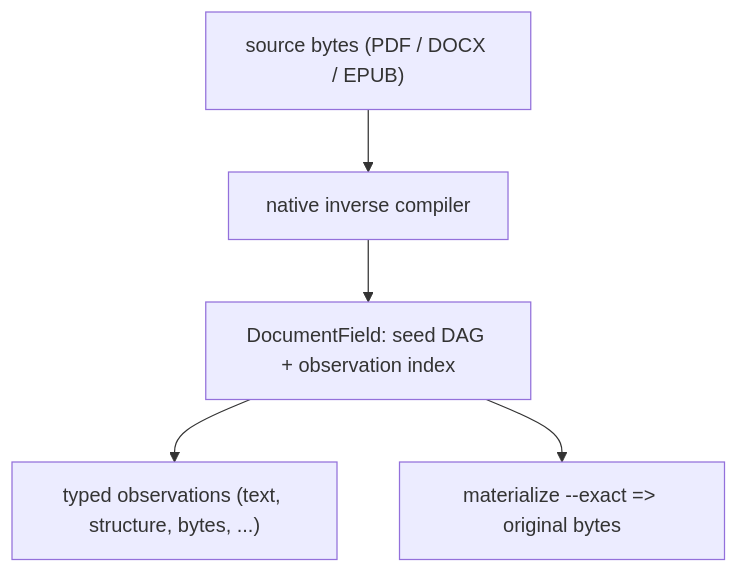
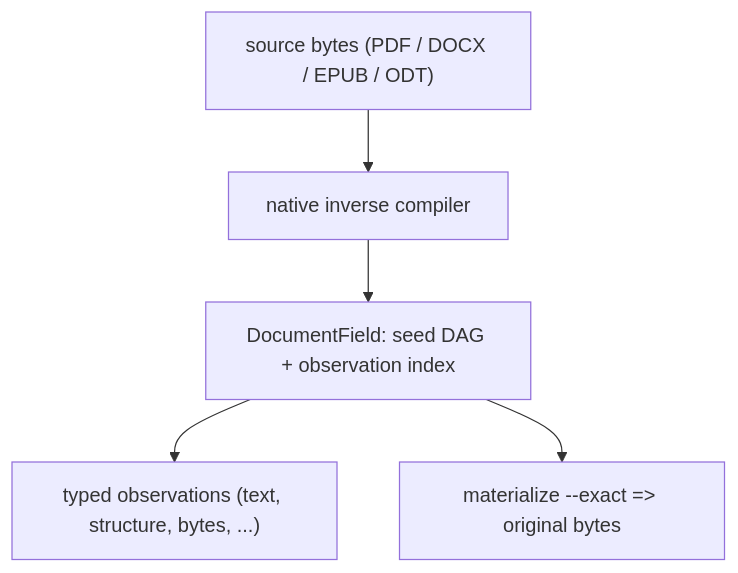
One commit to infinityabundance/vole-document changed the diagram in README.md. Above: the diagram before and after it, drawn with Mermaid. The commit also changed other lines of this file and 23 other files, not shown here.

````diff
--- a/README.md
+++ b/README.md
@@ -39,7 +39,7 @@
 ```mermaid
 flowchart TD
-    A["source bytes (PDF / DOCX / EPUB)"] --> B["native inverse compiler"]
+    A["source bytes (PDF / DOCX / EPUB / ODT)"] --> B["native inverse compiler"]
     B --> C["DocumentField: seed DAG + observation index"]
     C --> D["typed observations (text, structure, bytes, ...)"]
     C --> E["materialize --exact => original bytes"]
 ```
````
